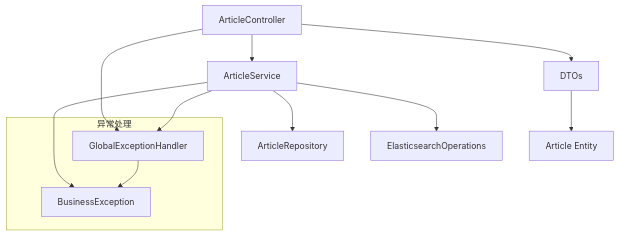
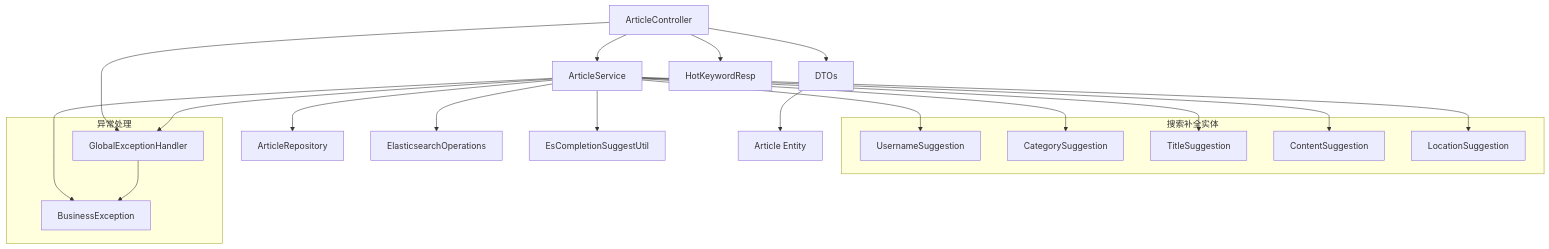
Before and after one commit to 20164206160/zhishilu: the seventh of 9 diagrams in .qoder/repowiki/zh/content/文章内容管理/文章API接口/文章API接口.md, drawn with Mermaid. The commit also changed other lines of this file and 28 other files, not shown here.

````diff
--- a/.qoder/repowiki/zh/content/文章内容管理/文章API接口/文章API接口.md
+++ b/.qoder/repowiki/zh/content/文章内容管理/文章API接口/文章API接口.md
@@ -483,16 +695,30 @@
 ```mermaid
 graph TD
 AC[ArticleController] --> AS[ArticleService]
 AS --> AR[ArticleRepository]
 AS --> EO[ElasticsearchOperations]
+AS --> ES[EsCompletionSuggestUtil]
 AS --> BE[BusinessException]
 AC --> DTO[DTOs]
 DTO --> AE[Article Entity]
+AC --> HR[HotKeywordResp]
+subgraph "搜索补全实体"
+UE[UsernameSuggestion]
+CE[CategorySuggestion]
+TE[TitleSuggestion]
+CEnt[ContentSuggestion]
+LE[LocationSuggestion]
+end
+AS --> UE
+AS --> CE
+AS --> TE
+AS --> CEnt
+AS --> LE
 subgraph "异常处理"
 GE[GlobalExceptionHandler]
 BE
 GE --> BE
 end
 AC --> GE
 AS --> GE
 ```
````
